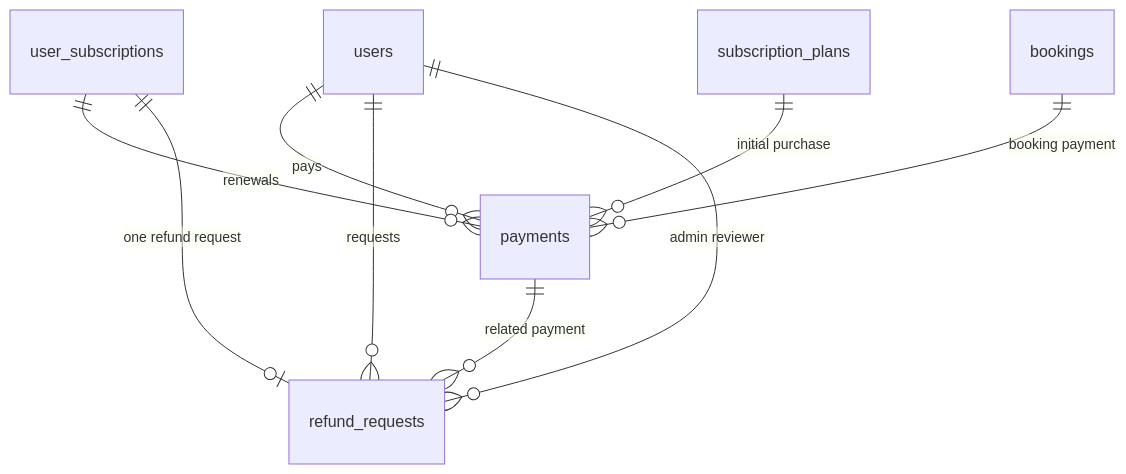
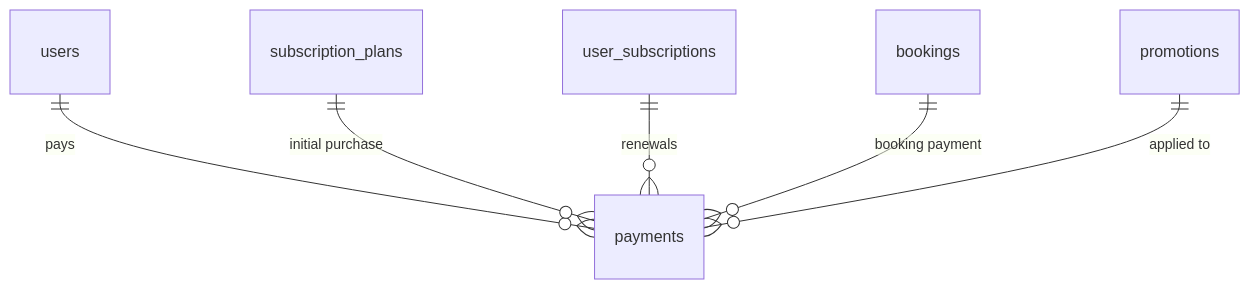
The fourth of 4 diagrams in docs/DATABASE-ERD.md (4Raisan/Luxora_v1), drawn with Mermaid before and after one commit. The commit also changed other lines of this file and 8 other files, not shown here.

Commit message:
Readme + Graphs update

````diff
--- a/docs/DATABASE-ERD.md
+++ b/docs/DATABASE-ERD.md
@@ -252,11 +240,8 @@
 ```mermaid
 erDiagram
     users ||--o{ payments : "pays"
     subscription_plans ||--o{ payments : "initial purchase"
     user_subscriptions ||--o{ payments : "renewals"
     bookings ||--o{ payments : "booking payment"
-    users ||--o{ refund_requests : "requests"
-    user_subscriptions ||--o| refund_requests : "one refund request"
-    payments ||--o{ refund_requests : "related payment"
-    users ||--o{ refund_requests : "admin reviewer"
+    promotions ||--o{ payments : "applied to"
 ```
````
